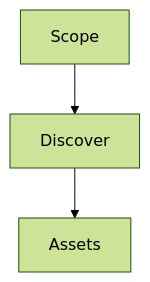
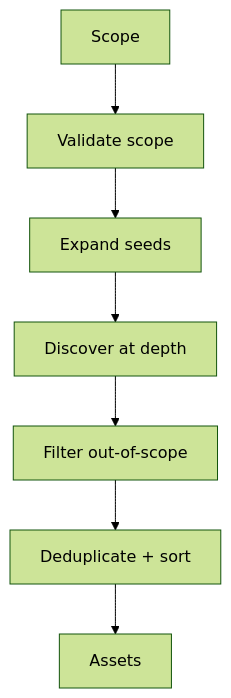
One commit to tcp-ecosystem/MAM changed the diagram in modules/examples/security-system/modules/recon.mam.md. Above: the diagram before and after it, drawn with Mermaid (forest theme). The commit also changed other lines of this file and 440 other files, not shown here.

````diff
--- a/modules/examples/security-system/modules/recon.mam.md
+++ b/modules/examples/security-system/modules/recon.mam.md
@@ -58,5 +75,9 @@
 ```mermaid
 flowchart TD
-    A[Scope] --> B[Discover]
-    B --> C[Assets]
+    A[Scope] --> B[Validate scope]
+    B --> C[Expand seeds]
+    C --> D[Discover at depth]
+    D --> E[Filter out-of-scope]
+    E --> F[Deduplicate + sort]
+    F --> G[Assets]
 ```
````
